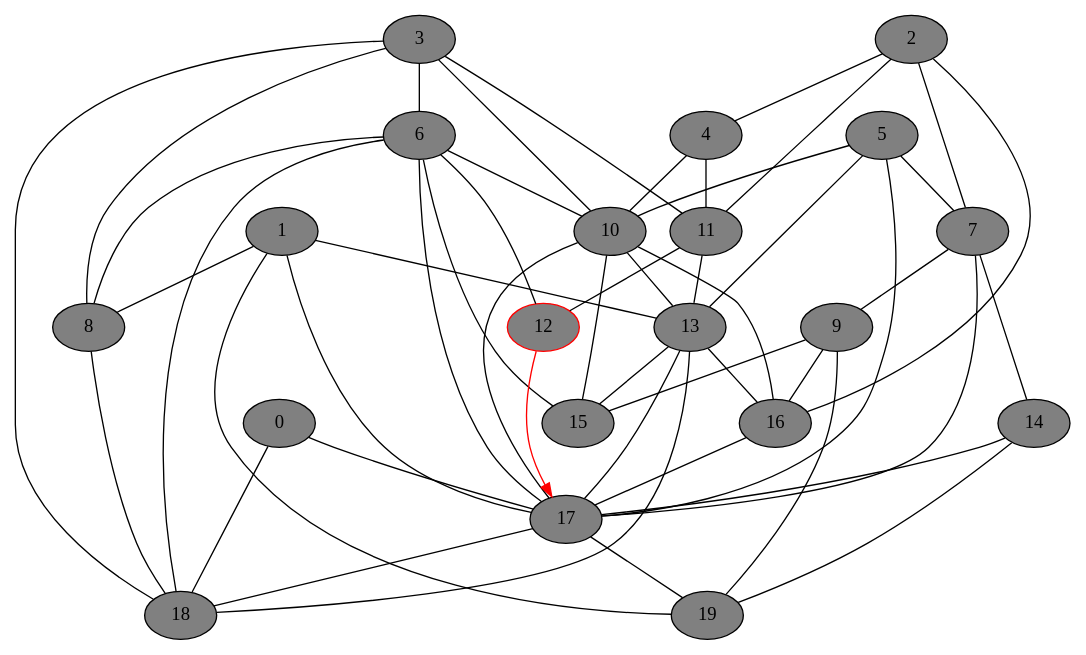
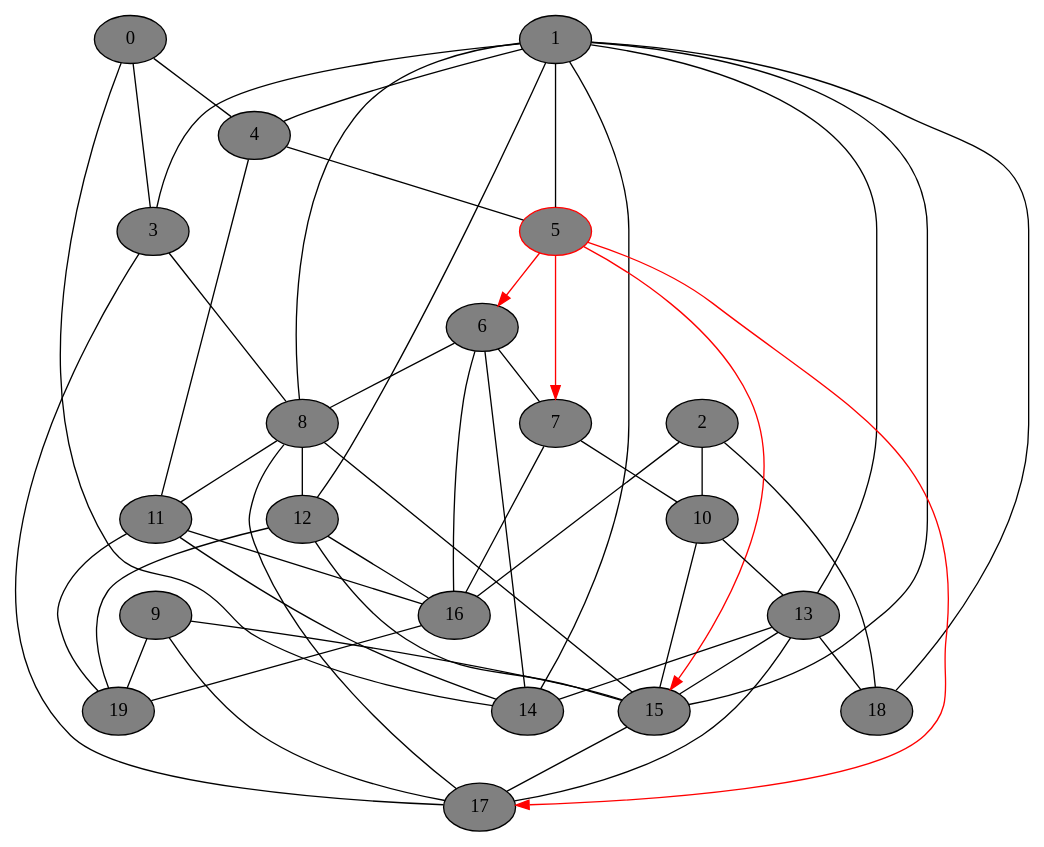
One commit to DSMishler/EBA_models changed the diagram in gv_graphs/nxt0031.dot. Above: the diagram before and after it, drawn with Graphviz. The commit also changed 941 other files, not shown here.

```diff
--- a/gv_graphs/nxt0031.dot
+++ b/gv_graphs/nxt0031.dot
@@ -1,74 +1,74 @@
 // network test graph
 digraph
 {
 	0 [fillcolor=gray,style=filled,]
 	1 [fillcolor=gray,style=filled,]
 	2 [fillcolor=gray,style=filled,]
 	3 [fillcolor=gray,style=filled,]
 	4 [fillcolor=gray,style=filled,]
-	5 [fillcolor=gray,style=filled,]
+	5 [fillcolor=gray,style=filled,color=red,]
 	6 [fillcolor=gray,style=filled,]
 	7 [fillcolor=gray,style=filled,]
 	8 [fillcolor=gray,style=filled,]
 	9 [fillcolor=gray,style=filled,]
 	10 [fillcolor=gray,style=filled,]
 	11 [fillcolor=gray,style=filled,]
-	12 [fillcolor=gray,style=filled,color=red,]
+	12 [fillcolor=gray,style=filled,]
 	13 [fillcolor=gray,style=filled,]
 	14 [fillcolor=gray,style=filled,]
 	15 [fillcolor=gray,style=filled,]
 	16 [fillcolor=gray,style=filled,]
 	17 [fillcolor=gray,style=filled,]
 	18 [fillcolor=gray,style=filled,]
 	19 [fillcolor=gray,style=filled,]
-	0 -> 17 [dir=none]
-	0 -> 18 [dir=none]
+	0 -> 3 [dir=none]
+	0 -> 4 [dir=none]
+	0 -> 14 [dir=none]
+	1 -> 3 [dir=none]
+	1 -> 4 [dir=none]
+	1 -> 5 [dir=none]
 	1 -> 8 [dir=none]
+	1 -> 12 [dir=none]
 	1 -> 13 [dir=none]
-	1 -> 17 [dir=none]
-	1 -> 19 [dir=none]
-	2 -> 4 [dir=none]
-	2 -> 7 [dir=none]
-	2 -> 11 [dir=none]
+	1 -> 14 [dir=none]
+	1 -> 15 [dir=none]
+	1 -> 18 [dir=none]
+	2 -> 10 [dir=none]
 	2 -> 16 [dir=none]
-	3 -> 6 [dir=none]
+	2 -> 18 [dir=none]
 	3 -> 8 [dir=none]
-	3 -> 10 [dir=none]
-	3 -> 11 [dir=none]
-	3 -> 18 [dir=none]
-	4 -> 10 [dir=none]
+	3 -> 17 [dir=none]
+	4 -> 5 [dir=none]
 	4 -> 11 [dir=none]
-	5 -> 7 [dir=none]
-	5 -> 10 [dir=none]
-	5 -> 13 [dir=none]
-	5 -> 17 [dir=none]
+	5 -> 6 [dir=forward,color=red,]
+	5 -> 7 [dir=forward,color=red,]
+	5 -> 15 [dir=forward,color=red,]
+	5 -> 17 [dir=forward,color=red,]
+	6 -> 7 [dir=none]
 	6 -> 8 [dir=none]
-	6 -> 10 [dir=none]
-	6 -> 12 [dir=none]
-	6 -> 15 [dir=none]
-	6 -> 17 [dir=none]
-	6 -> 18 [dir=none]
-	7 -> 9 [dir=none]
-	7 -> 14 [dir=none]
-	7 -> 17 [dir=none]
-	8 -> 18 [dir=none]
+	6 -> 14 [dir=none]
+	6 -> 16 [dir=none]
+	7 -> 10 [dir=none]
+	7 -> 16 [dir=none]
+	8 -> 11 [dir=none]
+	8 -> 12 [dir=none]
+	8 -> 15 [dir=none]
+	8 -> 17 [dir=none]
 	9 -> 15 [dir=none]
-	9 -> 16 [dir=none]
+	9 -> 17 [dir=none]
 	9 -> 19 [dir=none]
 	10 -> 13 [dir=none]
 	10 -> 15 [dir=none]
-	10 -> 16 [dir=none]
-	10 -> 17 [dir=none]
-	11 -> 12 [dir=none]
-	11 -> 13 [dir=none]
-	12 -> 17 [dir=forward,color=red,]
+	11 -> 14 [dir=none]
+	11 -> 16 [dir=none]
+	11 -> 19 [dir=none]
+	12 -> 15 [dir=none]
+	12 -> 16 [dir=none]
+	12 -> 19 [dir=none]
+	13 -> 14 [dir=none]
 	13 -> 15 [dir=none]
-	13 -> 16 [dir=none]
 	13 -> 17 [dir=none]
 	13 -> 18 [dir=none]
-	14 -> 17 [dir=none]
-	14 -> 19 [dir=none]
-	16 -> 17 [dir=none]
-	17 -> 18 [dir=none]
-	17 -> 19 [dir=none]
+	15 -> 17 [dir=none]
+	16 -> 19 [dir=none]
 }
```
